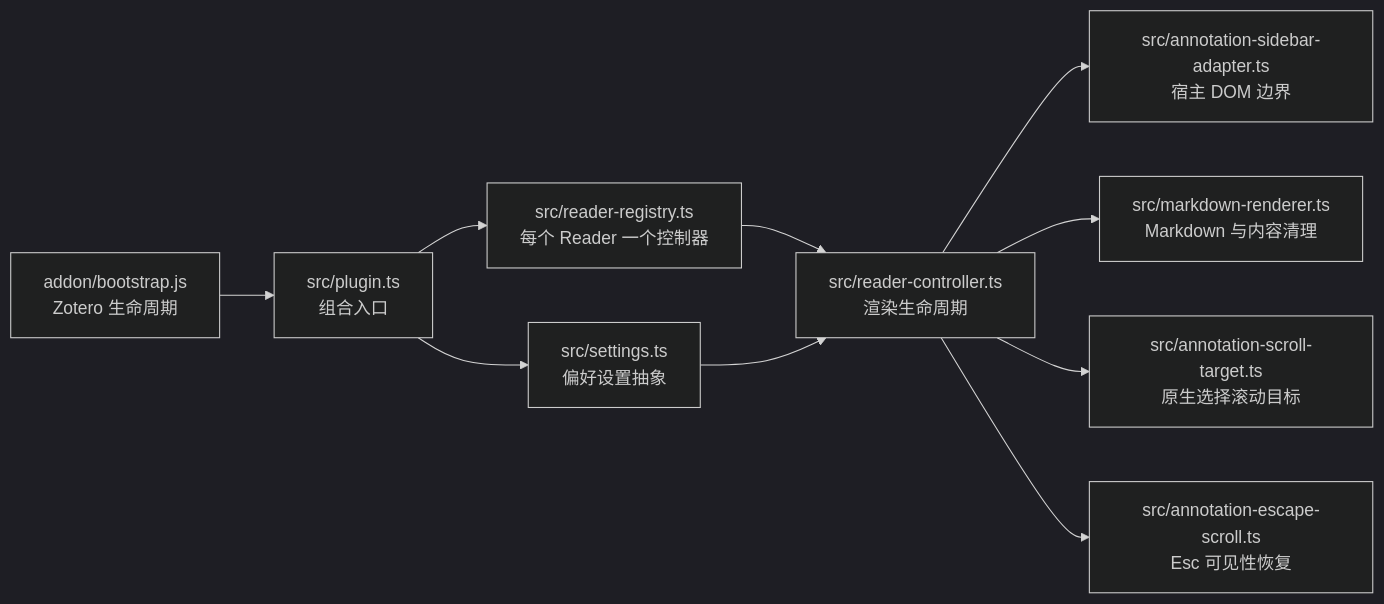
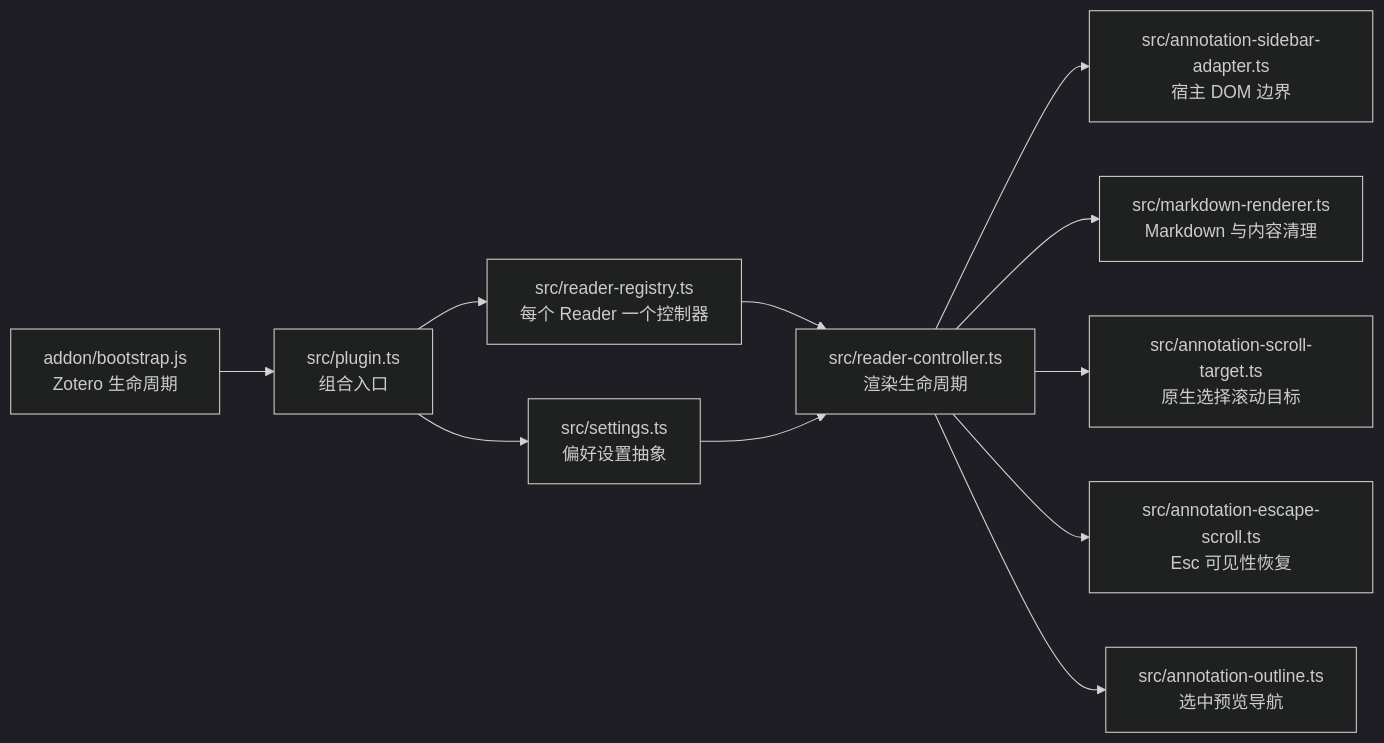
The first of 2 diagrams in docs/zh-CN/architecture.md (qrkks/zotero-annotation-markdown), drawn with Mermaid (dark theme) before and after one commit. The commit also changed other lines of this file and 18 other files, not shown here.

Commit message:
feat: add persistent annotation outline

````diff
--- a/docs/zh-CN/architecture.md
+++ b/docs/zh-CN/architecture.md
@@ -9,12 +9,13 @@
 ```mermaid
 flowchart LR
     A["addon/bootstrap.js<br>Zotero 生命周期"] --> B["src/plugin.ts<br>组合入口"]
     B --> C["src/reader-registry.ts<br>每个 Reader 一个控制器"]
     C --> D["src/reader-controller.ts<br>渲染生命周期"]
     D --> E["src/annotation-sidebar-adapter.ts<br>宿主 DOM 边界"]
     D --> F["src/markdown-renderer.ts<br>Markdown 与内容清理"]
     D --> H["src/annotation-scroll-target.ts<br>原生选择滚动目标"]
     D --> I["src/annotation-escape-scroll.ts<br>Esc 可见性恢复"]
+    D --> J["src/annotation-outline.ts<br>选中预览导航"]
     B --> G["src/settings.ts<br>偏好设置抽象"]
     G --> D
 ```
````
